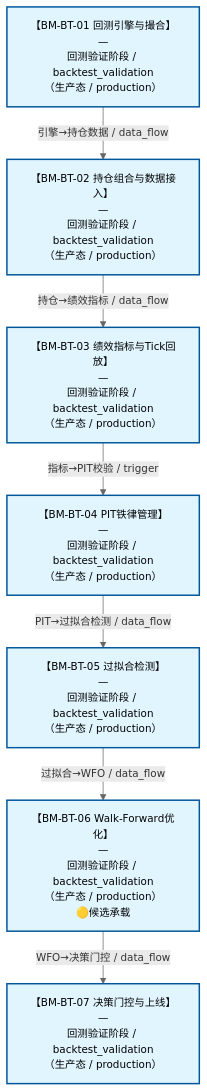
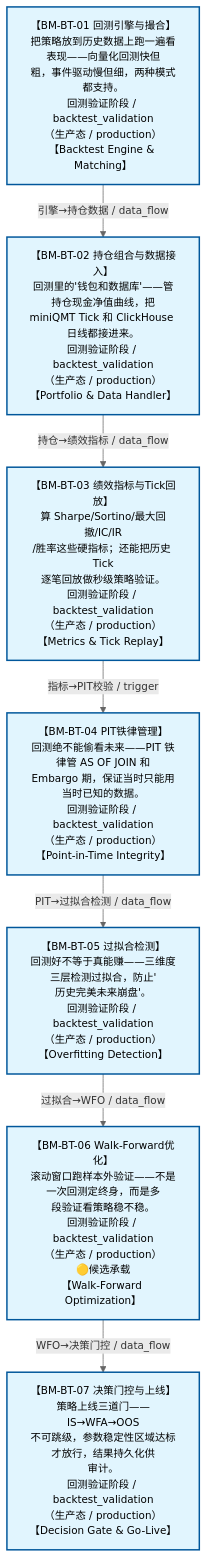
Before and after one commit to xuanFelixVan/ZephyrAlpha: the diagram in docs/02_enterprise_architecture/07_trading_decision_architecture/battle_map/battle_map_03_backtest_validation.md, drawn with Mermaid. The commit also changed other lines of this file and 13 other files, not shown here.

````diff
--- a/docs/02_enterprise_architecture/07_trading_decision_architecture/battle_map/battle_map_03_backtest_validation.md
+++ b/docs/02_enterprise_architecture/07_trading_decision_architecture/battle_map/battle_map_03_backtest_validation.md
@@ -38,24 +38,24 @@
 ```mermaid
 %%{init: {'theme': 'base', 'themeVariables': {'primaryColor': '#eaeaea', 'primaryTextColor': '#333333', 'primaryBorderColor': '#666666', 'lineColor': '#666666', 'secondaryColor': '#eaeaea', 'tertiaryColor': '#eaeaea', 'clusterBkg': 'transparent', 'clusterBorder': 'transparent', 'fontSize': '14px'}}}%%
 %% 回测验证阶段图
 flowchart TD
-    BM_BT_01["【BM-BT-01 回测引擎与撮合】<br/>—<br/>回测验证阶段 / backtest_validation<br/>（生产态 / production）"]
-    BM_BT_02["【BM-BT-02 持仓组合与数据接入】<br/>—<br/>回测验证阶段 / backtest_validation<br/>（生产态 / production）"]
-    BM_BT_03["【BM-BT-03 绩效指标与Tick回放】<br/>—<br/>回测验证阶段 / backtest_validation<br/>（生产态 / production）"]
-    BM_BT_04["【BM-BT-04 PIT铁律管理】<br/>—<br/>回测验证阶段 / backtest_validation<br/>（生产态 / production）"]
-    BM_BT_05["【BM-BT-05 过拟合检测】<br/>—<br/>回测验证阶段 / backtest_validation<br/>（生产态 / production）"]
-    BM_BT_06["【BM-BT-06 Walk-Forward优化】<br/>—<br/>回测验证阶段 / backtest_validation<br/>（生产态 / production）<br/>🟡候选承载"]
-    BM_BT_07["【BM-BT-07 决策门控与上线】<br/>—<br/>回测验证阶段 / backtest_validation<br/>（生产态 / production）"]
+    BM_BT_01["【BM-BT-01 回测引擎与撮合】<br/>把策略放到历史数据上跑一遍看表现——向量化回测快但<br/>粗，事件驱动慢但细，两种模式都支持。<br/>回测验证阶段 / backtest_validation<br/>（生产态 / production）<br/>【Backtest Engine &amp; Matching】"]
+    BM_BT_02["【BM-BT-02 持仓组合与数据接入】<br/>回测里的'钱包和数据库'——管持仓现金净值曲线，把<br/>miniQMT Tick 和 ClickHouse 日线都接进来。<br/>回测验证阶段 / backtest_validation<br/>（生产态 / production）<br/>【Portfolio &amp; Data Handler】"]
+    BM_BT_03["【BM-BT-03 绩效指标与Tick回放】<br/>算 Sharpe/Sortino/最大回撤/IC/IR<br/>/胜率这些硬指标；还能把历史 Tick<br/>逐笔回放做秒级策略验证。<br/>回测验证阶段 / backtest_validation<br/>（生产态 / production）<br/>【Metrics &amp; Tick Replay】"]
+    BM_BT_04["【BM-BT-04 PIT铁律管理】<br/>回测绝不能偷看未来——PIT 铁律管 AS OF JOIN 和<br/>Embargo 期，保证当时只能用当时已知的数据。<br/>回测验证阶段 / backtest_validation<br/>（生产态 / production）<br/>【Point-in-Time Integrity】"]
+    BM_BT_05["【BM-BT-05 过拟合检测】<br/>回测好不等于真能赚——三维度三层检测过拟合，防止'<br/>历史完美未来崩盘'。<br/>回测验证阶段 / backtest_validation<br/>（生产态 / production）<br/>【Overfitting Detection】"]
+    BM_BT_06["【BM-BT-06 Walk-Forward优化】<br/>滚动窗口跑样本外验证——不是一次回测定终身，而是多<br/>段验证看策略稳不稳。<br/>回测验证阶段 / backtest_validation<br/>（生产态 / production）<br/>🟡候选承载<br/>【Walk-Forward Optimization】"]
+    BM_BT_07["【BM-BT-07 决策门控与上线】<br/>策略上线三道门——IS→WFA→OOS<br/>不可跳级，参数稳定性区域达标才放行，结果持久化供<br/>审计。<br/>回测验证阶段 / backtest_validation<br/>（生产态 / production）<br/>【Decision Gate &amp; Go-Live】"]
     BM_BT_01 -->|引擎→持仓数据 / data_flow| BM_BT_02
     BM_BT_02 -->|持仓→绩效指标 / data_flow| BM_BT_03
     BM_BT_03 -->|指标→PIT校验 / trigger| BM_BT_04
     BM_BT_04 -->|PIT→过拟合检测 / data_flow| BM_BT_05
     BM_BT_05 -->|过拟合→WFO / data_flow| BM_BT_06
     BM_BT_06 -->|WFO→决策门控 / data_flow| BM_BT_07
 classDef production fill:#e1f5fe,stroke:#01579b,stroke-width:2px,color:#000
 classDef design fill:#fff3e0,stroke:#e65100,stroke-width:2px,color:#000,stroke-dasharray: 5 5
 classDef deprecated fill:#ffebee,stroke:#c62828,stroke-width:2px,color:#000
 classDef missing fill:#eeeeee,stroke:#9e9e9e,stroke-width:2px,color:#000
 classDef candidate fill:#fffde7,stroke:#f9a825,stroke-width:2px,color:#000,stroke-dasharray: 5 5
     class BM_BT_01,BM_BT_02,BM_BT_03,BM_BT_04,BM_BT_05,BM_BT_06,BM_BT_07 production
 ```
````
